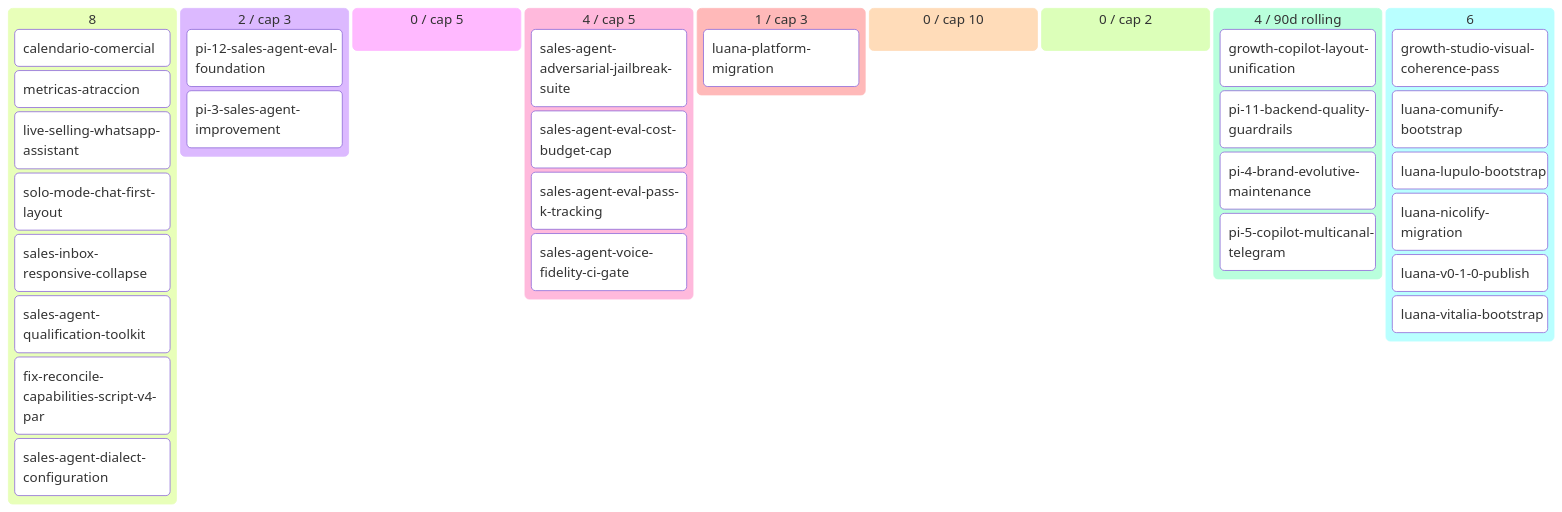
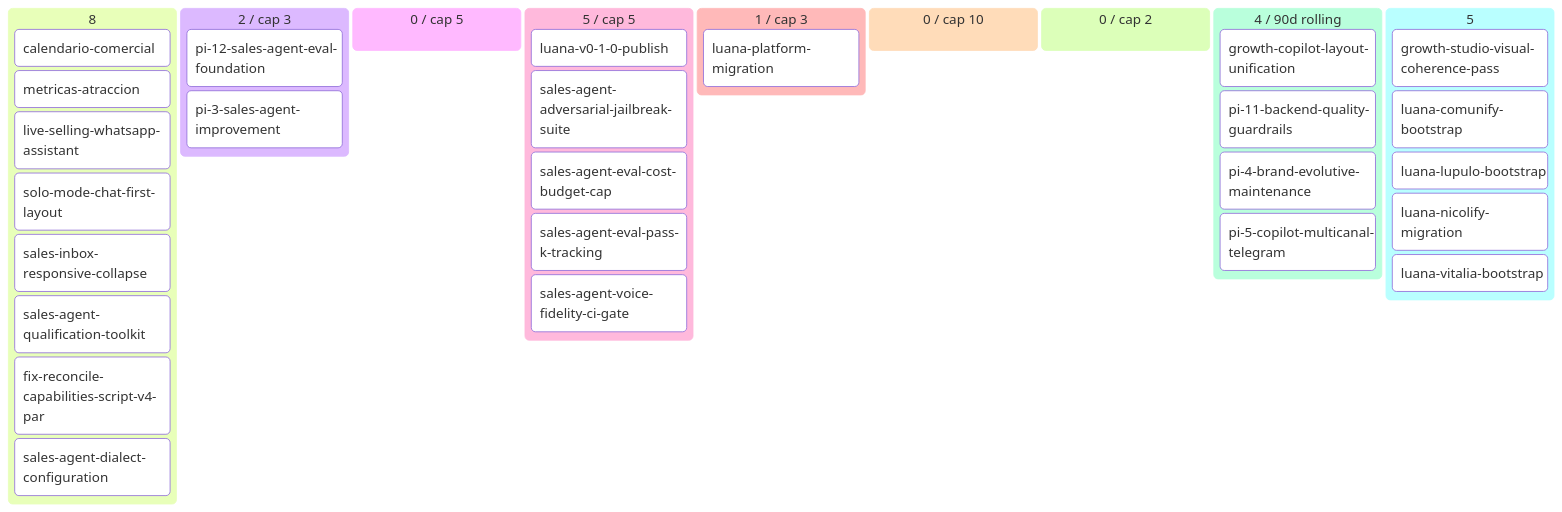
One commit to alpacapurpura/ap_sales_agent changed the diagram in docs/product/BACKLOG.md. Above: the diagram before and after it, drawn with Mermaid. The commit also changed other lines of this file and 8 other files, not shown here.

First line of the commit message:
docs(story-9): /po spec + architect ready package — state parked → ready

````diff
--- a/docs/product/BACKLOG.md
+++ b/docs/product/BACKLOG.md
@@ -63,37 +63,37 @@
 ```mermaid
 kanban
   💡 Ideas (8)
     calendario-comercial[calendario-comercial]
     metricas-atraccion[metricas-atraccion]
     live-selling-whatsapp-assistan[live-selling-whatsapp-assistant]
     solo-mode-chat-first-layout[solo-mode-chat-first-layout]
     sales-inbox-responsive-collaps[sales-inbox-responsive-collapse]
     sales-agent-qualification-tool[sales-agent-qualification-toolkit]
     fix-reconcile-capabilities-scr[fix-reconcile-capabilities-script-v4-par]
     sales-agent-dialect-configurat[sales-agent-dialect-configuration]
   🔬 Refining (2 / cap 3)
     pi-12-sales-agent-eval-foundat[pi-12-sales-agent-eval-foundation]
     pi-3-sales-agent-improvement[pi-3-sales-agent-improvement]
   ✅ Refined (0 / cap 5)
-  📦 Ready (4 / cap 5)
+  📦 Ready (5 / cap 5)
+    luana-v0-1-0-publish[luana-v0-1-0-publish]
     sales-agent-adversarial-jailbr[sales-agent-adversarial-jailbreak-suite]
     sales-agent-eval-cost-budget-c[sales-agent-eval-cost-budget-cap]
     sales-agent-eval-pass-k-tracki[sales-agent-eval-pass-k-tracking]
     sales-agent-voice-fidelity-ci-[sales-agent-voice-fidelity-ci-gate]
   🔨 Developing (1 / cap 3)
     luana-platform-migration[luana-platform-migration]
   🧪 Developed (0 / cap 10)
   🔍 Reviewing (0 / cap 2)
   ✅ Done (4 / 90d rolling)
     growth-copilot-layout-unificat[growth-copilot-layout-unification]
     pi-11-backend-quality-guardrai[pi-11-backend-quality-guardrails]
     pi-4-brand-evolutive-maintenan[pi-4-brand-evolutive-maintenance]
     pi-5-copilot-multicanal-telegr[pi-5-copilot-multicanal-telegram]
-  🅿 Parked (6)
+  🅿 Parked (5)
     growth-studio-visual-coherence[growth-studio-visual-coherence-pass]
     luana-comunify-bootstrap[luana-comunify-bootstrap]
     luana-lupulo-bootstrap[luana-lupulo-bootstrap]
     luana-nicolify-migration[luana-nicolify-migration]
-    luana-v0-1-0-publish[luana-v0-1-0-publish]
     luana-vitalia-bootstrap[luana-vitalia-bootstrap]
 ```
````
